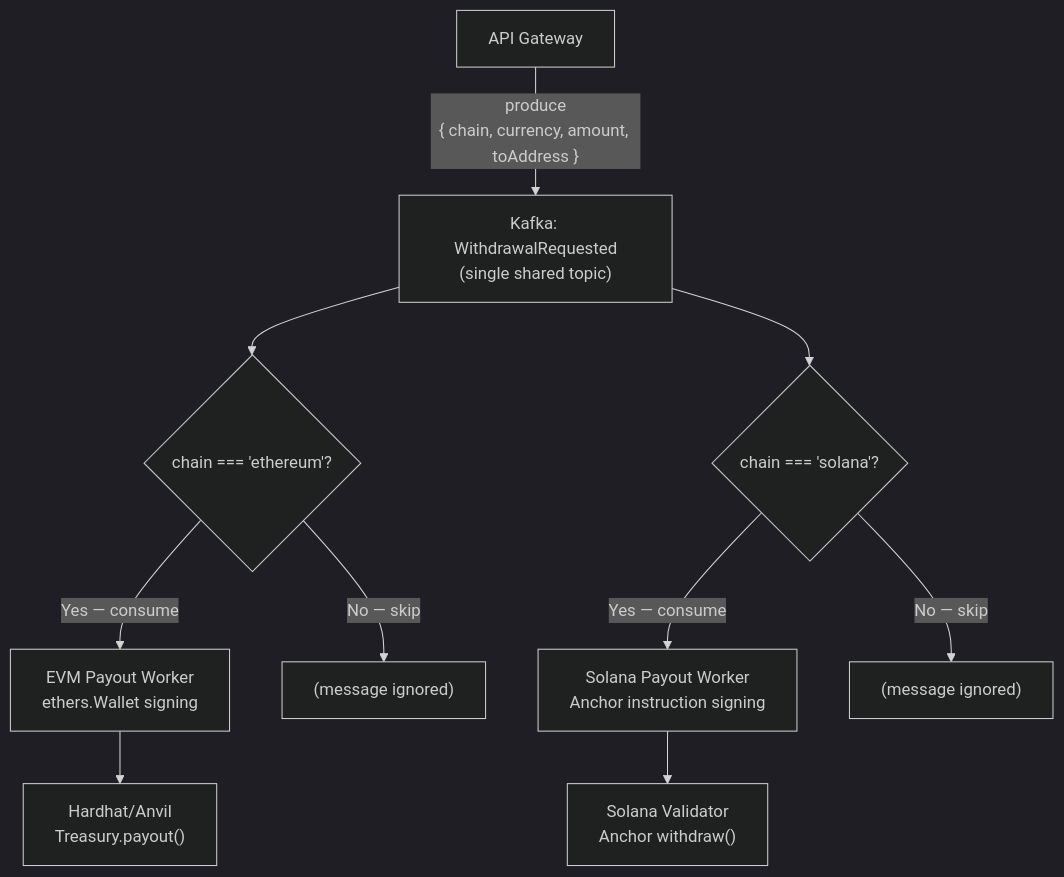
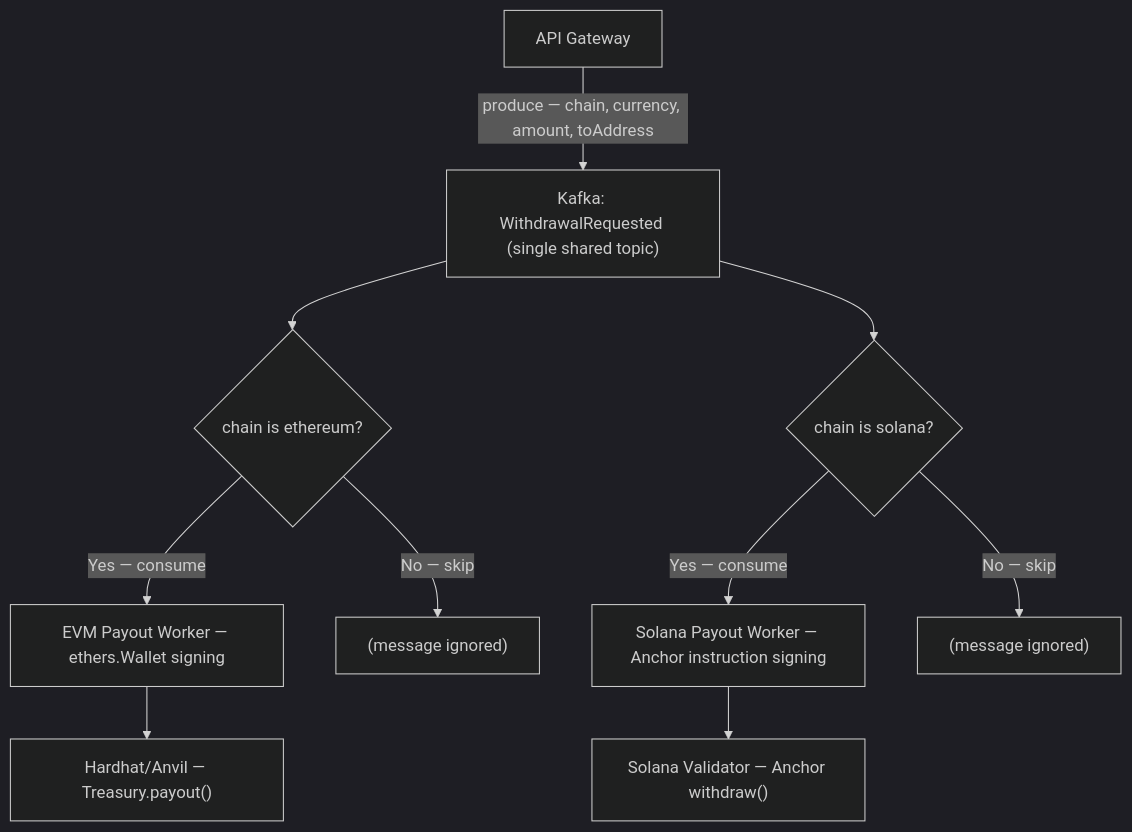
The seventh of 9 diagrams in documentation/blockchain-flows.md (Fennzo/DiceTilt), drawn with Mermaid (dark theme) before and after one commit. The commit also changed other lines of this file and 16 other files, not shown here.

````diff
--- a/documentation/blockchain-flows.md
+++ b/documentation/blockchain-flows.md
@@ -311,19 +314,19 @@
 ```mermaid
 flowchart TD
     API["API Gateway"]
-    WRTopic["Kafka: WithdrawalRequested\n(single shared topic)"]
+    WRTopic["Kafka: WithdrawalRequested (single shared topic)"]
 
-    API -->|"produce\n{ chain, currency, amount, toAddress }"| WRTopic
+    API -->|"produce — chain, currency, amount, toAddress"| WRTopic
 
-    WRTopic --> EVMFilter{"chain === 'ethereum'?"}
-    WRTopic --> SolFilter{"chain === 'solana'?"}
+    WRTopic --> EVMFilter{"chain is ethereum?"}
+    WRTopic --> SolFilter{"chain is solana?"}
 
-    EVMFilter -->|"Yes — consume"| EVMPay["EVM Payout Worker\nethers.Wallet signing"]
+    EVMFilter -->|"Yes — consume"| EVMPay["EVM Payout Worker — ethers.Wallet signing"]
     EVMFilter -->|"No — skip"| EVMSkip["(message ignored)"]
 
-    SolFilter -->|"Yes — consume"| SolPay["Solana Payout Worker\nAnchor instruction signing"]
+    SolFilter -->|"Yes — consume"| SolPay["Solana Payout Worker — Anchor instruction signing"]
     SolFilter -->|"No — skip"| SolSkip["(message ignored)"]
 
-    EVMPay --> Anvil["Hardhat/Anvil\nTreasury.payout()"]
-    SolPay --> SolVal["Solana Validator\nAnchor withdraw()"]
+    EVMPay --> Anvil["Hardhat/Anvil — Treasury.payout()"]
+    SolPay --> SolVal["Solana Validator — Anchor withdraw()"]
 ```
````
